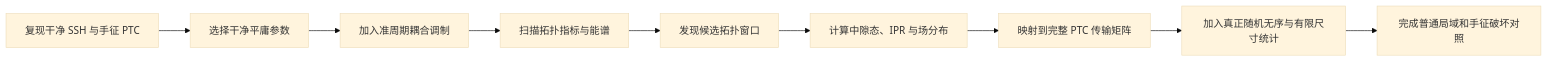
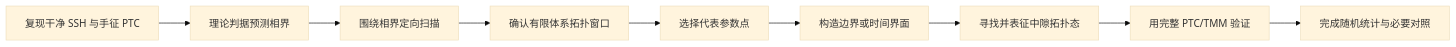
Before and after one commit to KUnzeHe/PTC: the diagram in 01-项目管理/研究方案.md, drawn with Mermaid (base theme). The commit also changed other lines of this file and 9 other files, not shown here.

````diff
--- a/01-项目管理/研究方案.md
+++ b/01-项目管理/研究方案.md
@@ -367,11 +373,11 @@
 ```mermaid
 flowchart LR
-    A["复现干净 SSH 与手征 PTC"] --> B["选择干净平庸参数"]
-    B --> C["加入准周期耦合调制"]
-    C --> D["扫描拓扑指标与能谱"]
-    D --> E["发现候选拓扑窗口"]
-    E --> F["计算中隙态、IPR 与场分布"]
-    F --> G["映射到完整 PTC 传输矩阵"]
-    G --> H["加入真正随机无序与有限尺寸统计"]
-    H --> I["完成普通局域和手征破坏对照"]
+    A["复现干净 SSH 与手征 PTC"] --> B["理论判据预测相界"]
+    B --> C["围绕相界定向扫描"]
+    C --> D["确认有限体系拓扑窗口"]
+    D --> E["选择代表参数点"]
+    E --> F["构造边界或时间界面"]
+    F --> G["寻找并表征中隙拓扑态"]
+    G --> H["用完整 PTC/TMM 验证"]
+    H --> I["完成随机统计与必要对照"]
 ```
````
